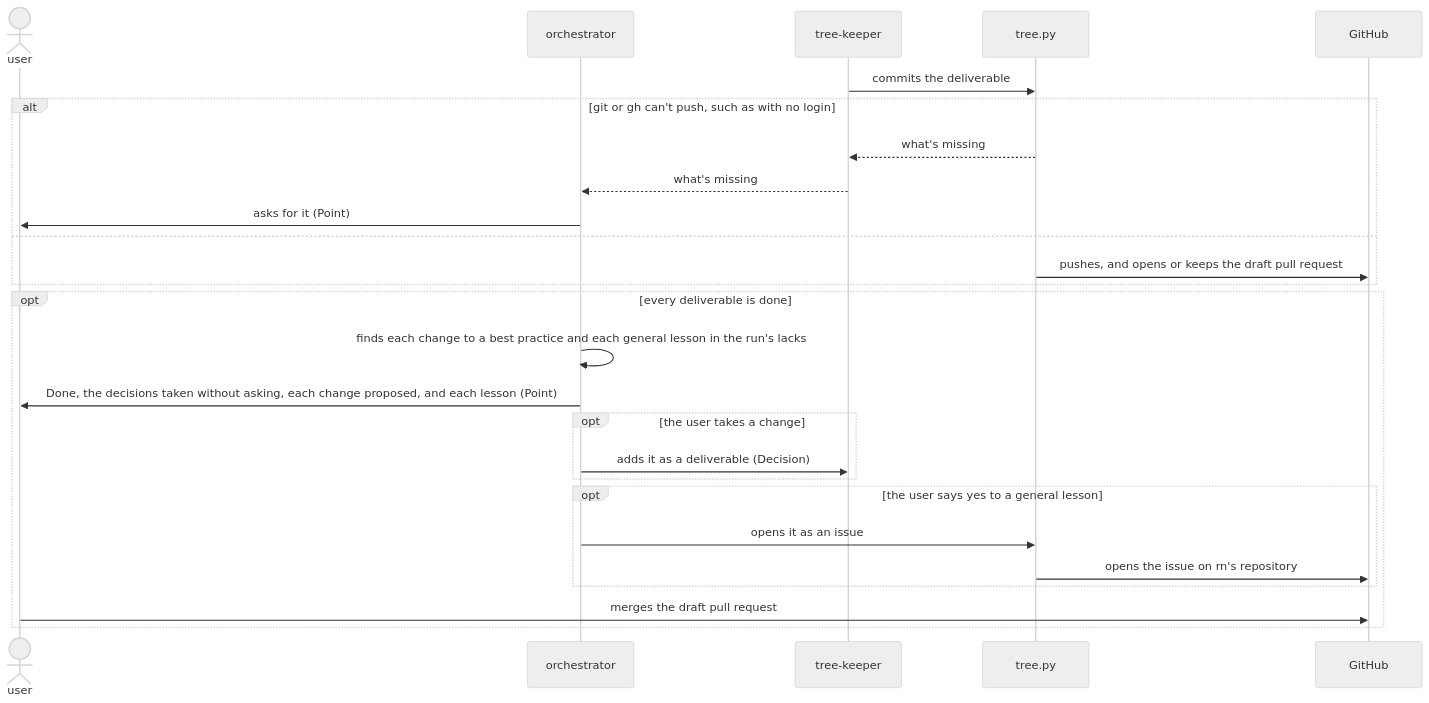
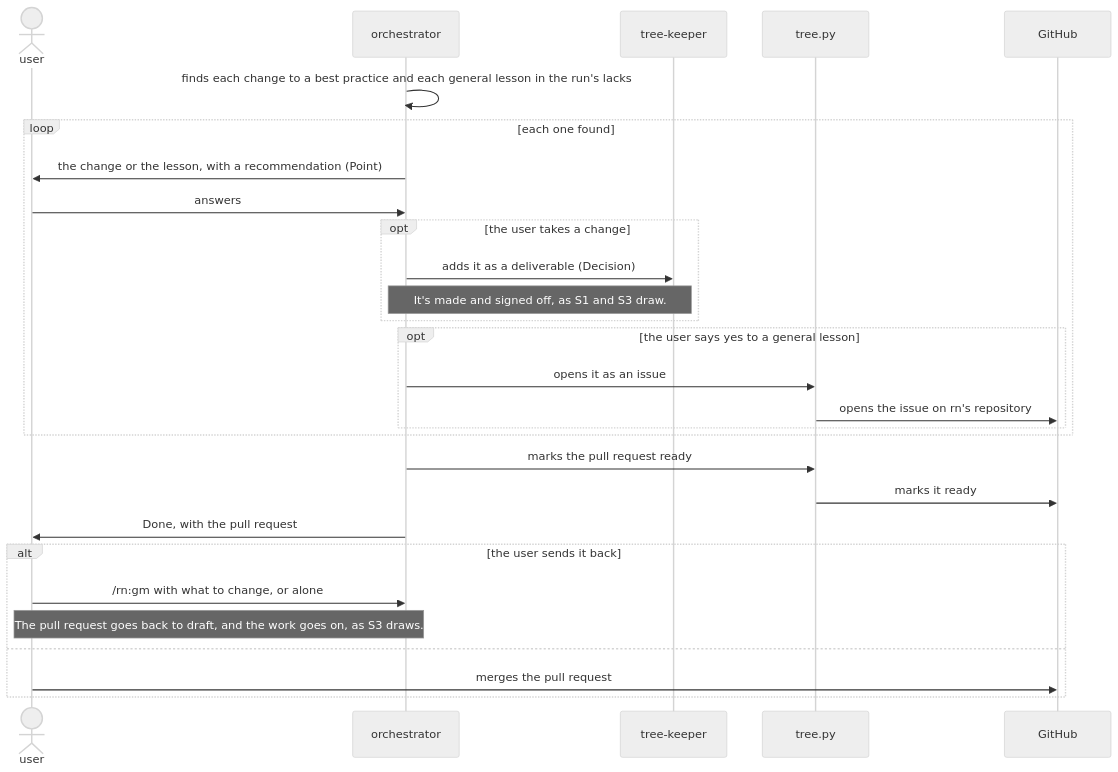
Before and after one commit to lovaizu/ccpm: the sixth of 6 diagrams in dev/rn/architecture.md, drawn with Mermaid (neutral theme). The commit also changed other lines of this file and 11 other files, not shown here.

````diff
--- a/dev/rn/architecture.md
+++ b/dev/rn/architecture.md
@@ -262,28 +345,30 @@
 ```mermaid
 sequenceDiagram
   actor U as user
   participant O as orchestrator
   participant K as tree-keeper
   participant T as tree.py
   participant GH as GitHub
-  K->>T: commits the deliverable
-  alt git or gh can't push, such as with no login
-    T-->>K: what's missing
-    K-->>O: what's missing
-    O->>U: asks for it (Point)
-  else
-    T->>GH: pushes, and opens or keeps the draft pull request
-  end
-  opt every deliverable is done
-    O->>O: finds each change to a best practice and each general lesson in the run's lacks
-    O->>U: Done, the decisions taken without asking, each change proposed, and each lesson (Point)
+  O->>O: finds each change to a best practice and each general lesson in the run's lacks
+  loop each one found
+    O->>U: the change or the lesson, with a recommendation (Point)
+    U->>O: answers
     opt the user takes a change
       O->>K: adds it as a deliverable (Decision)
+      Note over O,K: It's made and signed off, as S1 and S3 draw.
     end
     opt the user says yes to a general lesson
       O->>T: opens it as an issue
       T->>GH: opens the issue on rn's repository
     end
-    U->>GH: merges the draft pull request
+  end
+  O->>T: marks the pull request ready
+  T->>GH: marks it ready
+  O->>U: Done, with the pull request
+  alt the user sends it back
+    U->>O: /rn:gm with what to change, or alone
+    Note over U,O: The pull request goes back to draft, and the work goes on, as S3 draws.
+  else
+    U->>GH: merges the pull request
   end
 ```
````
